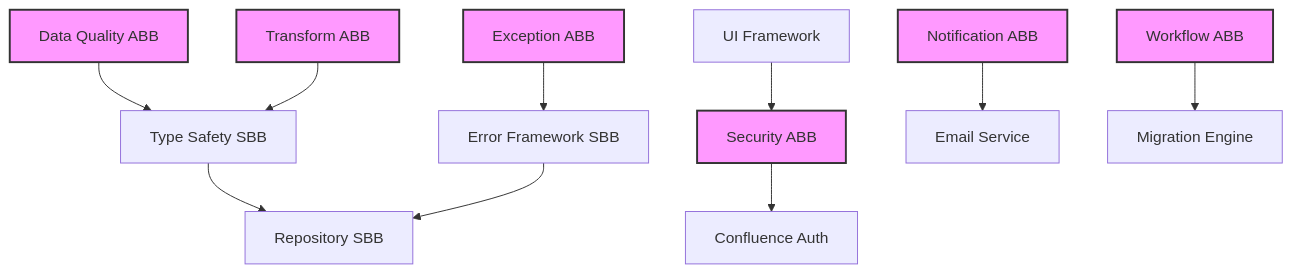
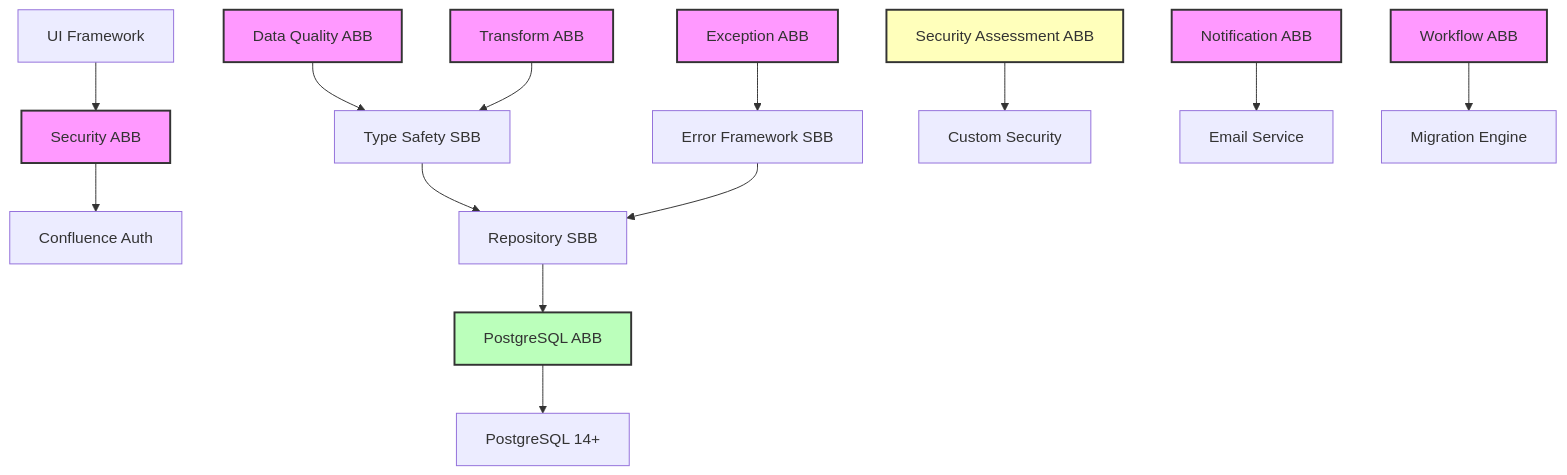
One commit to lucaschallamel/UMIG changed the diagram in docs/architecture/UMIG - TOGAF Phase D - Architecture Building Blocks Catalog.md. Above: the diagram before and after it, drawn with Mermaid. The commit also changed other lines of this file and 76 other files, not shown here.

````diff
--- a/docs/architecture/UMIG - TOGAF Phase D - Architecture Building Blocks Catalog.md
+++ b/docs/architecture/UMIG - TOGAF Phase D - Architecture Building Blocks Catalog.md
@@ -547,20 +683,25 @@
 ```mermaid
 graph TD
     ABB-DQA-001[Data Quality ABB] --> SBB-TSP-001[Type Safety SBB]
     ABB-EXM-001[Exception ABB] --> SBB-ERF-001[Error Framework SBB]
     ABB-SEC-001[Security ABB] --> Platform[Confluence Auth]
+    ABB-SEC-002[Security Assessment ABB] --> SecurityFramework[Custom Security]
     ABB-NOT-001[Notification ABB] --> Email[Email Service]
     ABB-WFL-001[Workflow ABB] --> Engine[Migration Engine]
     ABB-DTS-001[Transform ABB] --> SBB-TSP-001
+    ABB-PG-001[PostgreSQL ABB] --> Database[PostgreSQL 14+]
 
     SBB-TSP-001 --> SBB-RAP-001[Repository SBB]
     SBB-ERF-001 --> SBB-RAP-001
     SBB-UCF-001[UI Framework] --> ABB-SEC-001
+    SBB-RAP-001 --> ABB-PG-001
 
     style ABB-DQA-001 fill:#f9f,stroke:#333,stroke-width:2px
     style ABB-EXM-001 fill:#f9f,stroke:#333,stroke-width:2px
     style ABB-SEC-001 fill:#f9f,stroke:#333,stroke-width:2px
+    style ABB-SEC-002 fill:#ffb,stroke:#333,stroke-width:2px
     style ABB-NOT-001 fill:#f9f,stroke:#333,stroke-width:2px
     style ABB-WFL-001 fill:#f9f,stroke:#333,stroke-width:2px
     style ABB-DTS-001 fill:#f9f,stroke:#333,stroke-width:2px
+    style ABB-PG-001 fill:#bfb,stroke:#333,stroke-width:2px
 ```
````
